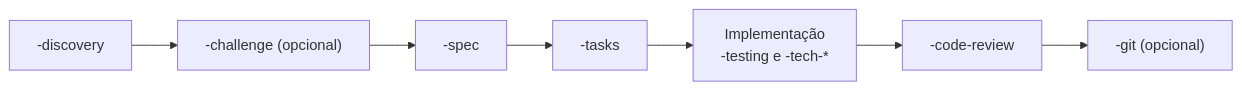
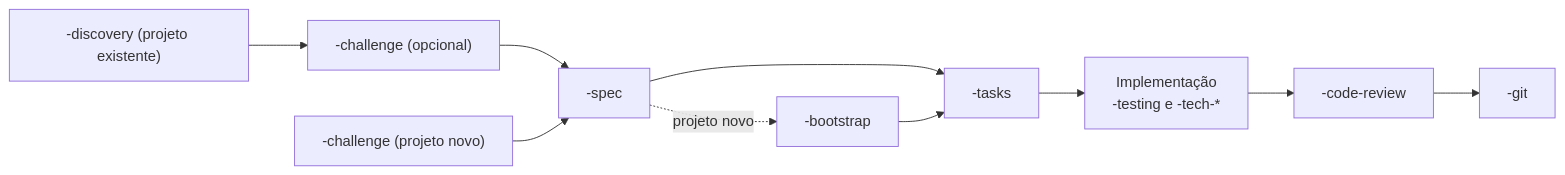
One commit to heliomarpm/skills changed the diagram in README.md. Above: the diagram before and after it, drawn with Mermaid. The commit also changed other lines of this file and 2 other files, not shown here.

First line of the commit message:
feat(bootstrap): ✨ adicionar skill para inicializar novos projetos

````diff
--- a/README.md
+++ b/README.md
@@ -90,9 +91,11 @@
 ```mermaid
 flowchart LR
-  D["-discovery"] --> C["-challenge (opcional)"]
-  C --> S["-spec"]
+  D["-discovery (projeto existente)"] --> CO["-challenge (opcional)"] --> S["-spec"]
+  C["-challenge (projeto novo)"] --> S
+  S -.->|projeto novo| B["-bootstrap"]
   S --> T["-tasks"]
+  B --> T
   T --> I["Implementação<br/>-testing e -tech-*"]
   I --> R["-code-review"]
-  R --> G["-git (opcional)"]
+  R --> G["-git"]
 ```
````
